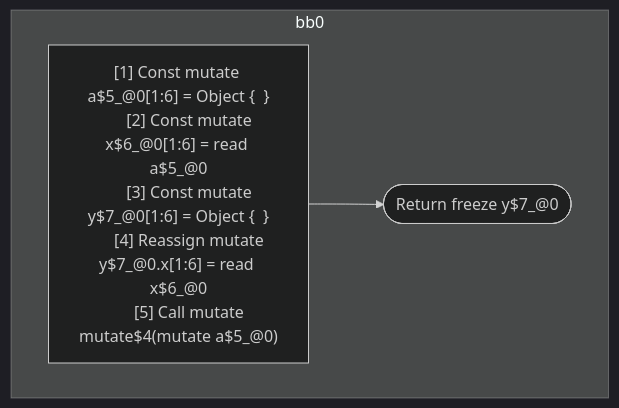
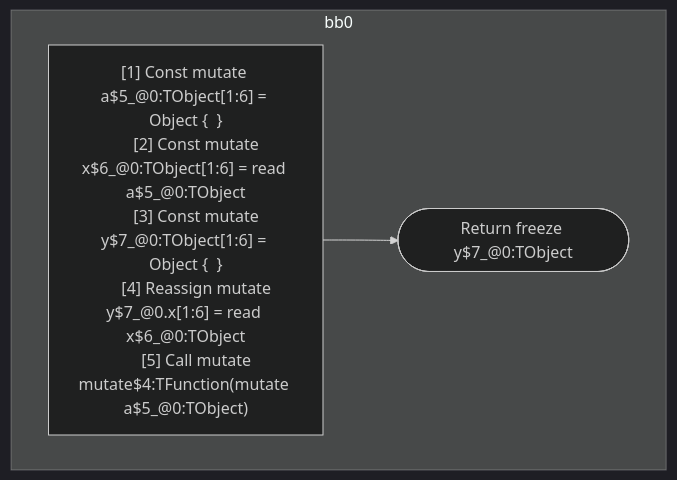
The diagram in compiler/forget/src/__tests__/fixtures/hir/ssa-property-alias-mutate.expect.md (wutsmog/private), drawn with Mermaid (dark theme) before and after one commit. The commit also changed other lines of this file and 112 other files, not shown here.

````diff
--- a/compiler/forget/src/__tests__/fixtures/hir/ssa-property-alias-mutate.expect.md
+++ b/compiler/forget/src/__tests__/fixtures/hir/ssa-property-alias-mutate.expect.md
@@ -50,17 +50,17 @@
 ```mermaid
 flowchart TB
   %% Basic Blocks
   subgraph bb0
     bb0_instrs["
-      [1] Const mutate a$5_@0[1:6] = Object {  }
-      [2] Const mutate x$6_@0[1:6] = read a$5_@0
-      [3] Const mutate y$7_@0[1:6] = Object {  }
-      [4] Reassign mutate y$7_@0.x[1:6] = read x$6_@0
-      [5] Call mutate mutate$4(mutate a$5_@0)
+      [1] Const mutate a$5_@0:TObject[1:6] = Object {  }
+      [2] Const mutate x$6_@0:TObject[1:6] = read a$5_@0:TObject
+      [3] Const mutate y$7_@0:TObject[1:6] = Object {  }
+      [4] Reassign mutate y$7_@0.x[1:6] = read x$6_@0:TObject
+      [5] Call mutate mutate$4:TFunction(mutate a$5_@0:TObject)
     "]
-    bb0_instrs --> bb0_terminal(["Return freeze y$7_@0"])
+    bb0_instrs --> bb0_terminal(["Return freeze y$7_@0:TObject"])
   end
 
   %% Jumps
   %% empty
 ```
````
